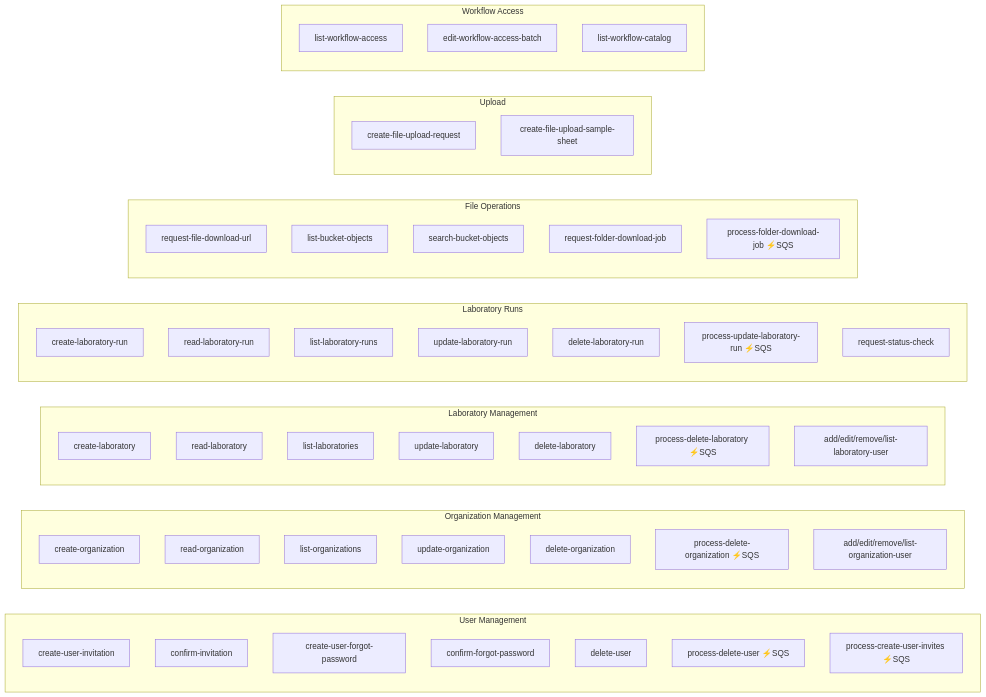
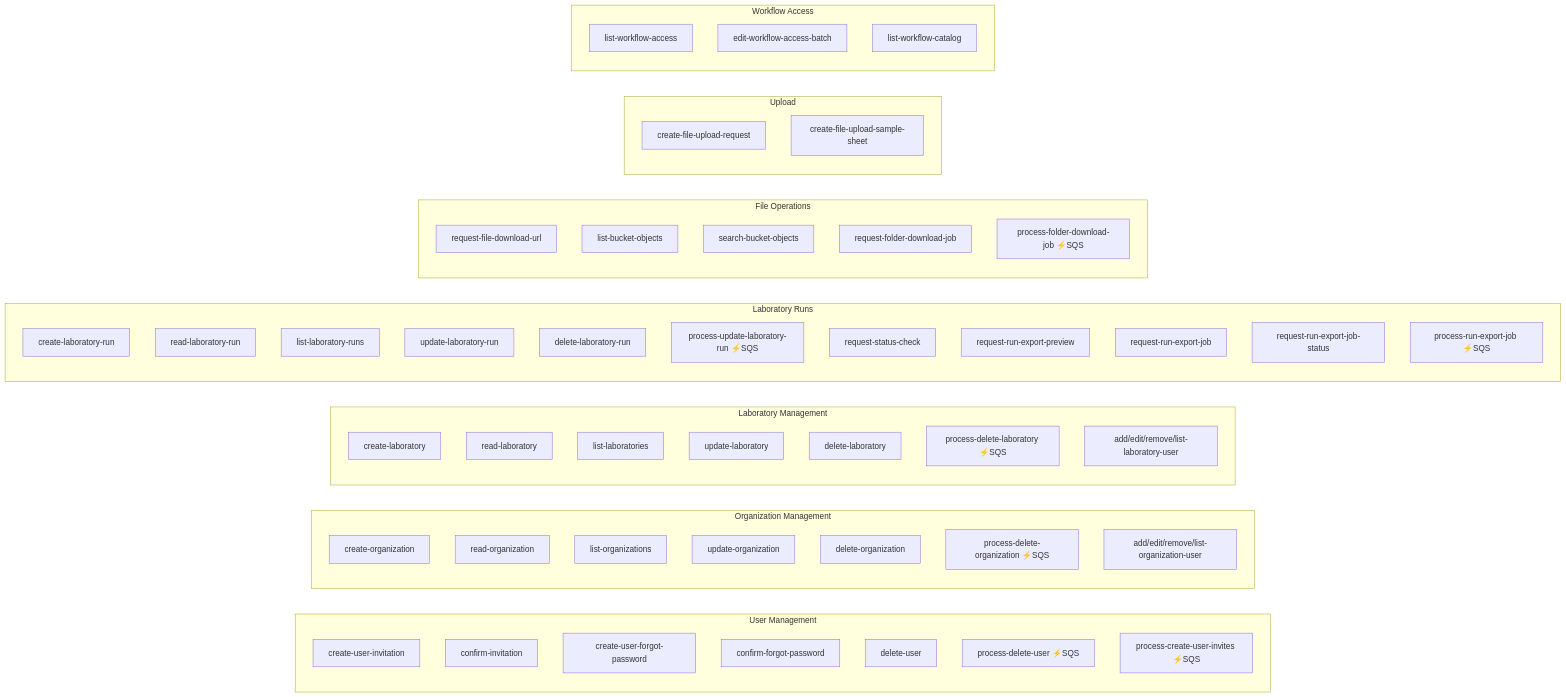
One commit to dept/easy-genomics changed the fourth of 19 diagrams in docs/development/architecture.md. Above: the diagram before and after it, drawn with Mermaid. The commit also changed other lines of this file and 33 other files, not shown here.

````diff
--- a/docs/development/architecture.md
+++ b/docs/development/architecture.md
@@ -299,61 +300,65 @@
 ```mermaid
 graph LR
     subgraph "User Management"
         U1["create-user-invitation"]
         U2["confirm-invitation"]
         U3["create-user-forgot-password"]
         U4["confirm-forgot-password"]
         U5["delete-user"]
         U6["process-delete-user ⚡SQS"]
         U7["process-create-user-invites ⚡SQS"]
     end
 
     subgraph "Organization Management"
         O1["create-organization"]
         O2["read-organization"]
         O3["list-organizations"]
         O4["update-organization"]
         O5["delete-organization"]
         O6["process-delete-organization ⚡SQS"]
         O7["add/edit/remove/list-organization-user"]
     end
 
     subgraph "Laboratory Management"
         L1["create-laboratory"]
         L2["read-laboratory"]
         L3["list-laboratories"]
         L4["update-laboratory"]
         L5["delete-laboratory"]
         L6["process-delete-laboratory ⚡SQS"]
         L7["add/edit/remove/list-laboratory-user"]
     end
 
     subgraph "Laboratory Runs"
         R1["create-laboratory-run"]
         R2["read-laboratory-run"]
         R3["list-laboratory-runs"]
         R4["update-laboratory-run"]
         R5["delete-laboratory-run"]
         R6["process-update-laboratory-run ⚡SQS"]
         R7["request-status-check"]
+        R8["request-run-export-preview"]
+        R9["request-run-export-job"]
+        R10["request-run-export-job-status"]
+        R11["process-run-export-job ⚡SQS"]
     end
 
     subgraph "File Operations"
         F1["request-file-download-url"]
         F2["list-bucket-objects"]
         F3["search-bucket-objects"]
         F4["request-folder-download-job"]
         F5["process-folder-download-job ⚡SQS"]
     end
 
     subgraph "Upload"
         UP1["create-file-upload-request"]
         UP2["create-file-upload-sample-sheet"]
     end
 
     subgraph "Workflow Access"
         W1["list-workflow-access"]
         W2["edit-workflow-access-batch"]
         W3["list-workflow-catalog"]
     end
 ```
````
